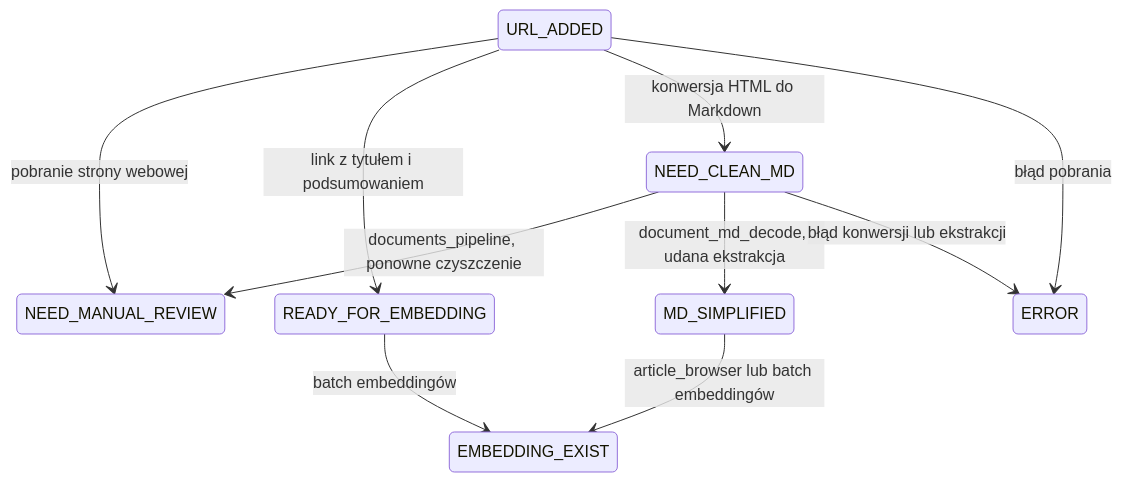
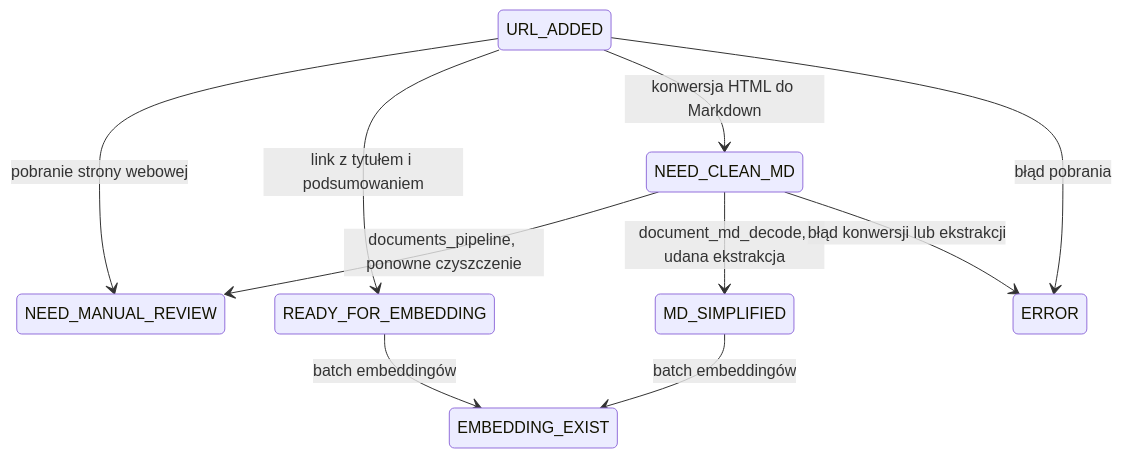
The third of 4 diagrams in docs/document-analysis-pipeline.md (ziutus/ai_assistant_lenie), drawn with Mermaid before and after one commit. The commit also changed other lines of this file and 19 other files, not shown here.

First line of the commit message:
chore(article-browser): remove the script entirely

````diff
--- a/docs/document-analysis-pipeline.md
+++ b/docs/document-analysis-pipeline.md
@@ -106,12 +106,12 @@
 ```mermaid
 stateDiagram-v2
     URL_ADDED --> NEED_MANUAL_REVIEW: pobranie strony webowej
     URL_ADDED --> READY_FOR_EMBEDDING: link z tytułem i podsumowaniem
     URL_ADDED --> NEED_CLEAN_MD: konwersja HTML do Markdown
     NEED_CLEAN_MD --> NEED_MANUAL_REVIEW: documents_pipeline, ponowne czyszczenie
     NEED_CLEAN_MD --> MD_SIMPLIFIED: document_md_decode, udana ekstrakcja
-    MD_SIMPLIFIED --> EMBEDDING_EXIST: article_browser lub batch embeddingów
+    MD_SIMPLIFIED --> EMBEDDING_EXIST: batch embeddingów
     READY_FOR_EMBEDDING --> EMBEDDING_EXIST: batch embeddingów
     URL_ADDED --> ERROR: błąd pobrania
     NEED_CLEAN_MD --> ERROR: błąd konwersji lub ekstrakcji
 ```
````
